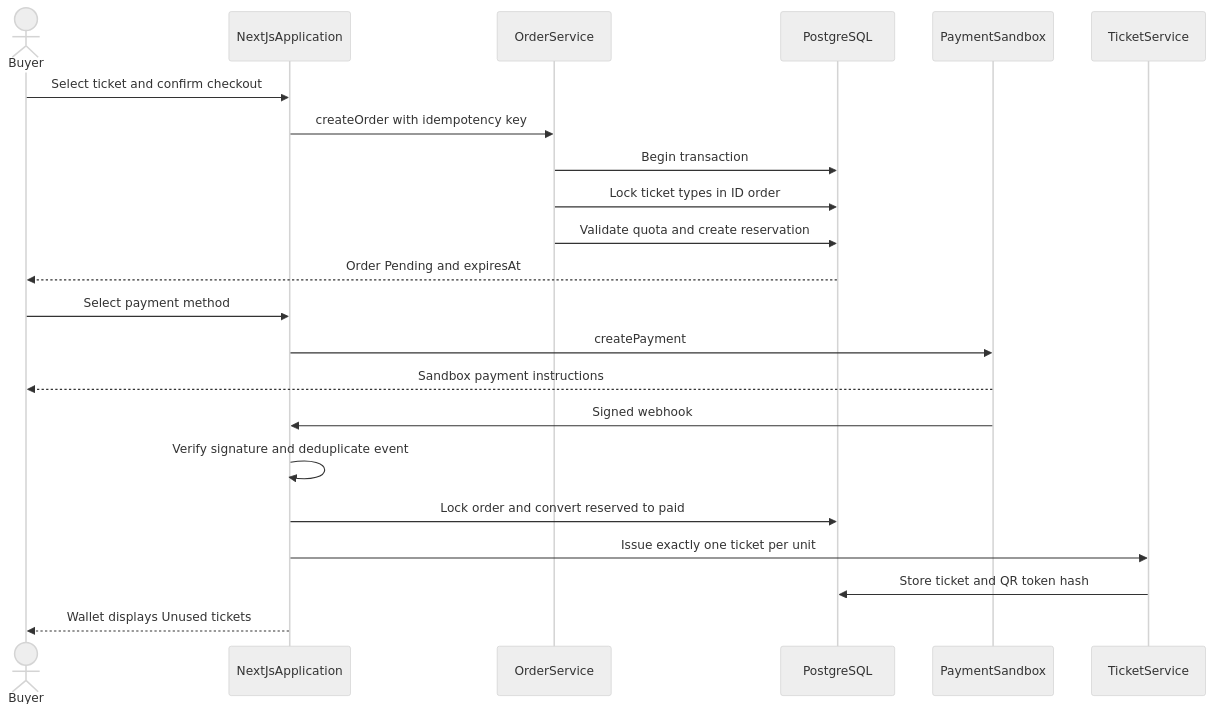
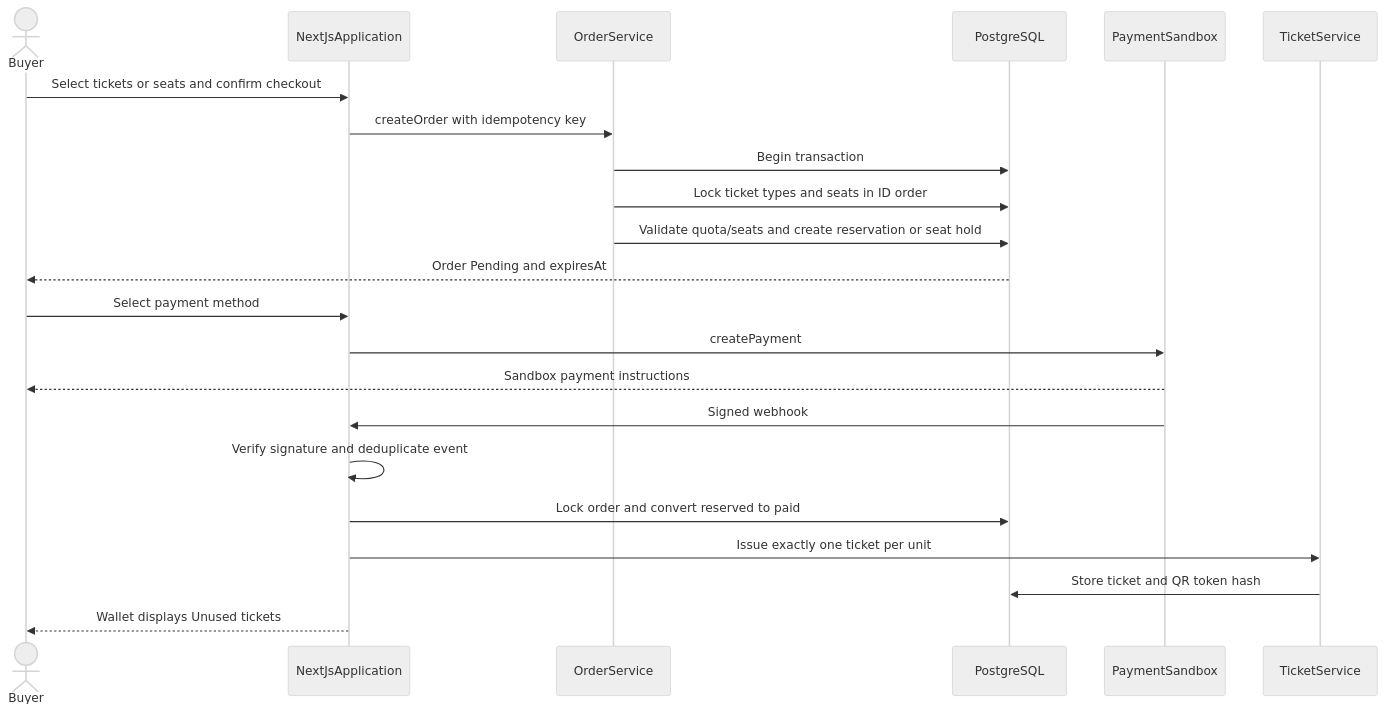
Before and after one commit to Fajrunshubhi/MyTicketIn: the fifth of 11 diagrams in architecture.md, drawn with Mermaid (neutral theme). The commit also changed other lines of this file and 406 other files, not shown here.

````diff
--- a/architecture.md
+++ b/architecture.md
@@ -426,25 +467,25 @@
 ```mermaid
 sequenceDiagram
   actor Buyer
   participant App as NextJsApplication
   participant Order as OrderService
   participant DB as PostgreSQL
   participant Gateway as PaymentSandbox
   participant Ticket as TicketService
 
-  Buyer->>App: Select ticket and confirm checkout
+  Buyer->>App: Select tickets or seats and confirm checkout
   App->>Order: createOrder with idempotency key
   Order->>DB: Begin transaction
-  Order->>DB: Lock ticket types in ID order
-  Order->>DB: Validate quota and create reservation
+  Order->>DB: Lock ticket types and seats in ID order
+  Order->>DB: Validate quota/seats and create reservation or seat hold
   DB-->>Buyer: Order Pending and expiresAt
   Buyer->>App: Select payment method
   App->>Gateway: createPayment
   Gateway-->>Buyer: Sandbox payment instructions
   Gateway->>App: Signed webhook
   App->>App: Verify signature and deduplicate event
   App->>DB: Lock order and convert reserved to paid
   App->>Ticket: Issue exactly one ticket per unit
   Ticket->>DB: Store ticket and QR token hash
   App-->>Buyer: Wallet displays Unused tickets
 ```
````
